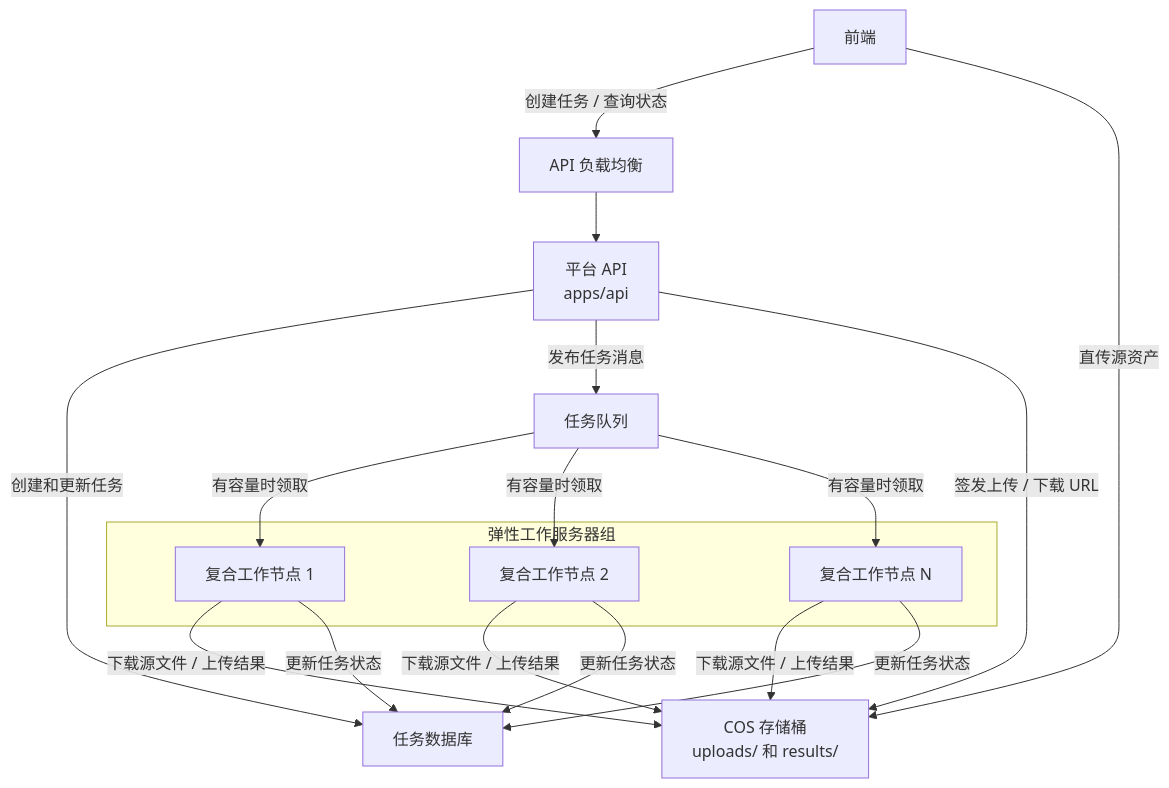
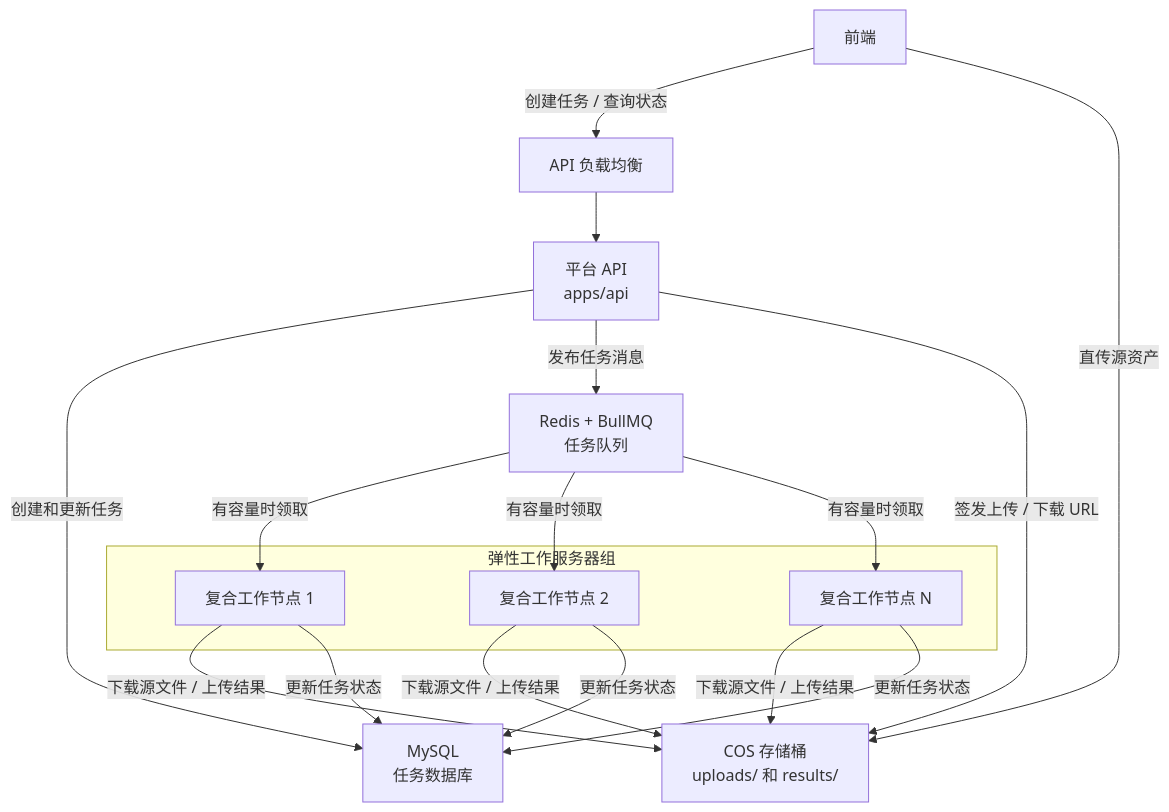
One commit to 3dugc/Model-Optimization-Platform changed the first of 4 diagrams in docs/deployment.zh-CN.md. Above: the diagram before and after it, drawn with Mermaid. The commit also changed other lines of this file and 5 other files, not shown here.

````diff
--- a/docs/deployment.zh-CN.md
+++ b/docs/deployment.zh-CN.md
@@ -16,34 +16,34 @@
 ```mermaid
 flowchart TB
   Frontend["前端"]
   ApiLb["API 负载均衡"]
   Api["平台 API<br/>apps/api"]
-  Db["任务数据库"]
-  Queue["任务队列"]
+  Db["MySQL<br/>任务数据库"]
+  Queue["Redis + BullMQ<br/>任务队列"]
   Cos["COS 存储桶<br/>uploads/ 和 results/"]
 
   subgraph Asg["弹性工作服务器组"]
     Node1["复合工作节点 1"]
     Node2["复合工作节点 2"]
     NodeN["复合工作节点 N"]
   end
 
   Frontend -->|"创建任务 / 查询状态"| ApiLb
   ApiLb --> Api
   Api -->|"创建和更新任务"| Db
   Api -->|"发布任务消息"| Queue
   Api -->|"签发上传 / 下载 URL"| Cos
   Frontend -->|"直传源资产"| Cos
 
   Queue -->|"有容量时领取"| Node1
   Queue -->|"有容量时领取"| Node2
   Queue -->|"有容量时领取"| NodeN
 
   Node1 -->|"下载源文件 / 上传结果"| Cos
   Node2 -->|"下载源文件 / 上传结果"| Cos
   NodeN -->|"下载源文件 / 上传结果"| Cos
 
   Node1 -->|"更新任务状态"| Db
   Node2 -->|"更新任务状态"| Db
   NodeN -->|"更新任务状态"| Db
 ```
````
